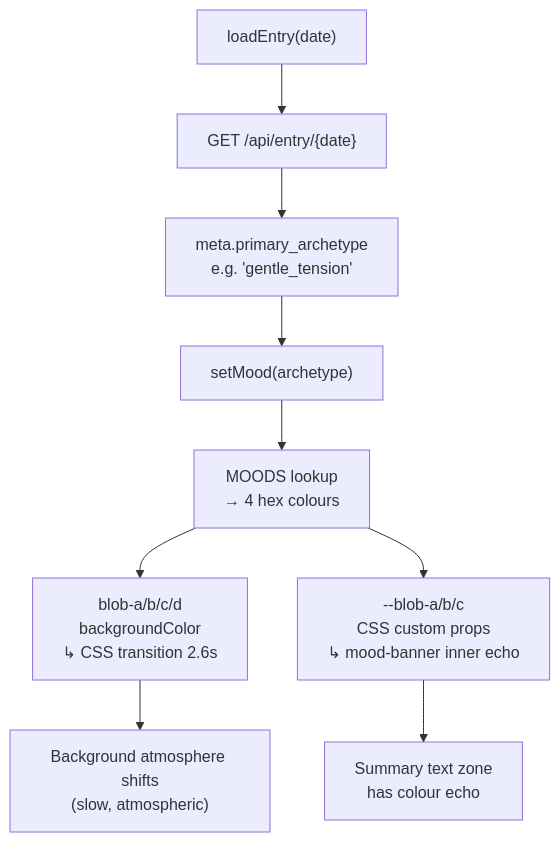
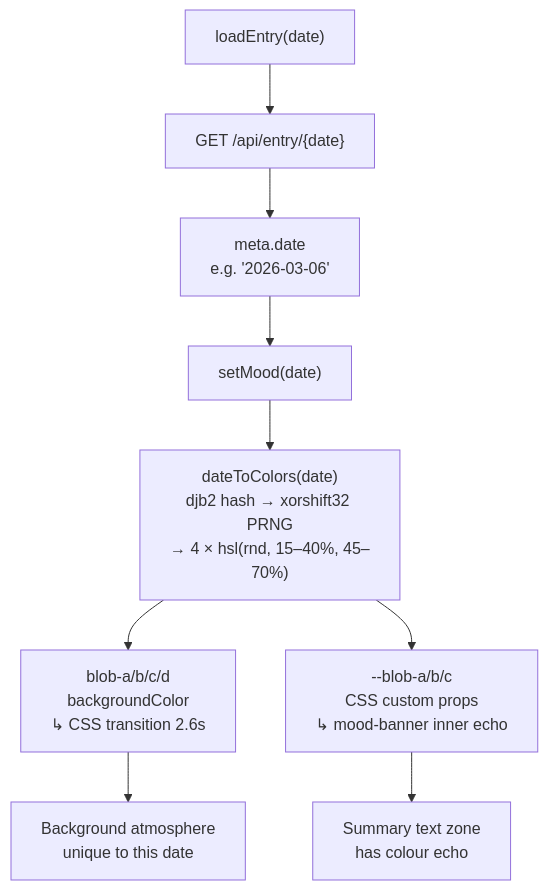
The fifth of 5 diagrams in README.md (dattasaurabh82/current_state_browser), drawn with Mermaid before and after one commit. The commit also changed other lines of this file and 2 other files, not shown here.

````diff
--- a/README.md
+++ b/README.md
@@ -290,16 +292,16 @@
 ```mermaid
 flowchart TD
     A["loadEntry(date)"]
     B["GET /api/entry/{date}"]
-    C["meta.primary_archetype<br/>e.g. 'gentle_tension'"]
-    D["setMood(archetype)"]
-    E["MOODS lookup<br/>→ 4 hex colours"]
+    C["meta.date<br/>e.g. '2026-03-06'"]
+    D["setMood(date)"]
+    E["dateToColors(date)<br/>djb2 hash → xorshift32 PRNG<br/>→ 4 × hsl(rnd, 15–40%, 45–70%)"]
     F["blob-a/b/c/d<br/>backgroundColor<br/>↳ CSS transition 2.6s"]
     G["--blob-a/b/c<br/>CSS custom props<br/>↳ mood-banner inner echo"]
-    H["Background atmosphere shifts<br/>(slow, atmospheric)"]
+    H["Background atmosphere<br/>unique to this date"]
     I["Summary text zone<br/>has colour echo"]
 
     A --> B --> C --> D --> E
     E --> F --> H
     E --> G --> I
 ```
````
